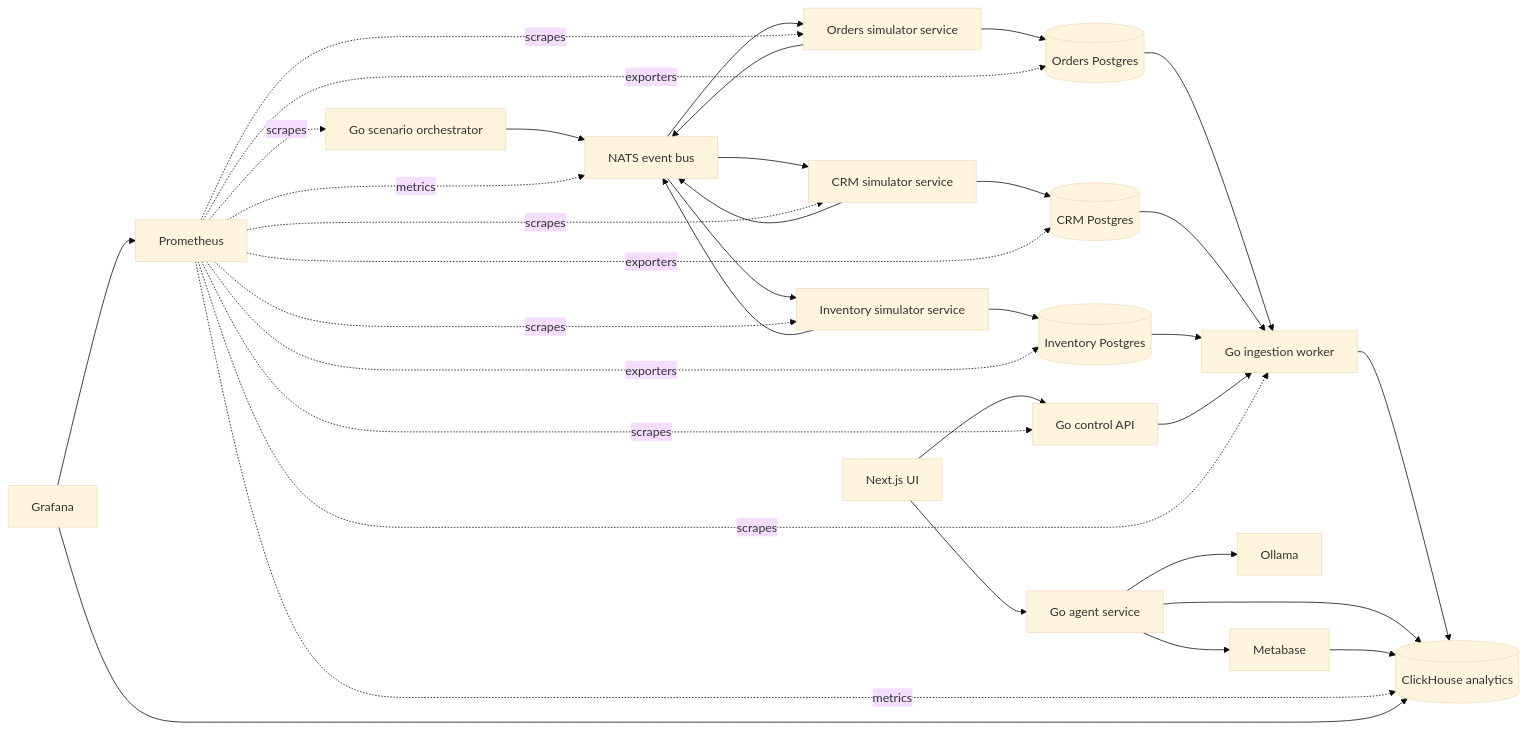
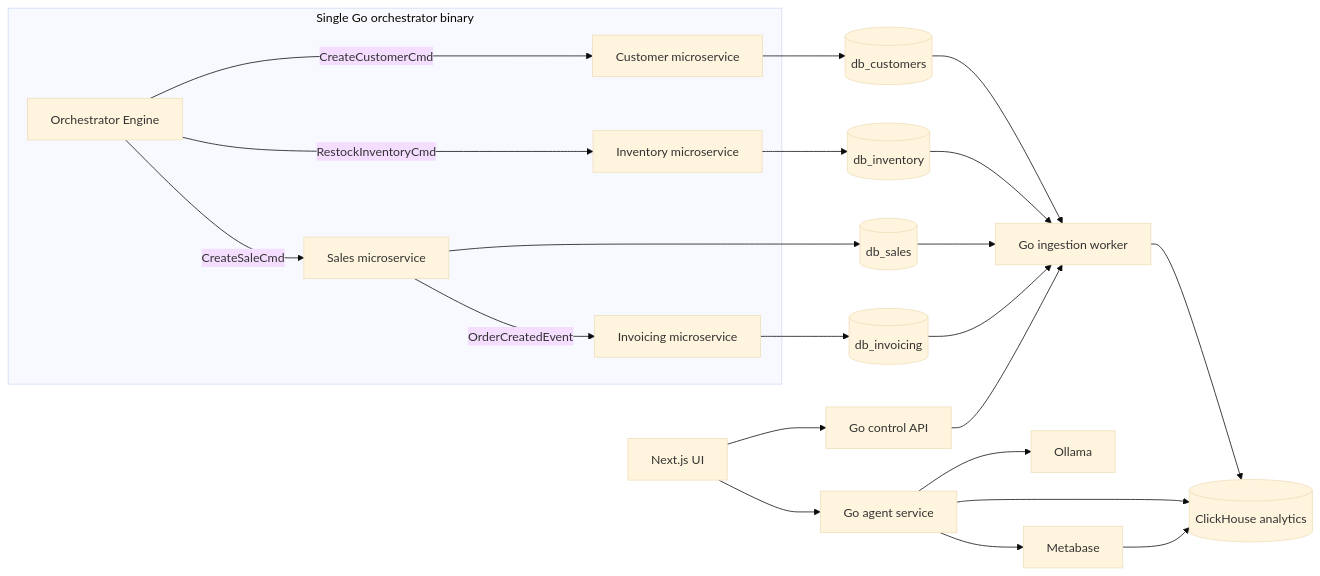
One commit to poph2/datastack changed the diagram in CLAUDE.md. Above: the diagram before and after it, drawn with Mermaid (base theme). The commit also changed other lines of this file and 1 other file, not shown here.

Commit message:
feat: update CLAUDE.md for detailed architecture of Go orchestrated data engine and add new architecture document for microservices and orchestrator

````diff
--- a/CLAUDE.md
+++ b/CLAUDE.md
@@ -51,37 +53,25 @@
 ```mermaid
 flowchart LR
-  Orchestrator[Go scenario orchestrator] --> Broker[NATS event bus]
-  Broker --> OrdersSim[Orders simulator service]
-  Broker --> CRMSim[CRM simulator service]
-  Broker --> InventorySim[Inventory simulator service]
-  CRMSim --> Broker
-  OrdersSim --> Broker
-  InventorySim --> Broker
-  OrdersSim --> Orders[(Orders Postgres)]
-  CRMSim --> CRM[(CRM Postgres)]
-  InventorySim --> Inventory[(Inventory Postgres)]
-  Orders[(Orders Postgres)] --> Ingestor[Go ingestion worker]
-  CRM[(CRM Postgres)] --> Ingestor
-  Inventory[(Inventory Postgres)] --> Ingestor
+  subgraph Binary[Single Go orchestrator binary]
+    Orchestrator[Orchestrator Engine] -- CreateCustomerCmd --> CustomerSvc[Customer microservice]
+    Orchestrator -- RestockInventoryCmd --> InventorySvc[Inventory microservice]
+    Orchestrator -- CreateSaleCmd --> SalesSvc[Sales microservice]
+    SalesSvc -- OrderCreatedEvent --> InvoicingSvc[Invoicing microservice]
+  end
+  CustomerSvc --> CustomerDB[(db_customers)]
+  InventorySvc --> InventoryDB[(db_inventory)]
+  SalesSvc --> SalesDB[(db_sales)]
+  InvoicingSvc --> InvoicingDB[(db_invoicing)]
+  CustomerDB --> Ingestor[Go ingestion worker]
+  InventoryDB --> Ingestor
+  SalesDB --> Ingestor
+  InvoicingDB --> Ingestor
   Ingestor --> ClickHouse[(ClickHouse analytics)]
   ControlAPI[Go control API] --> Ingestor
   UI[Next.js UI] --> ControlAPI
   UI --> Agent[Go agent service]
   Agent --> Ollama[Ollama]
   Agent --> ClickHouse
   Agent --> Metabase[Metabase]
   Metabase --> ClickHouse
-  Prometheus[Prometheus] -. scrapes .-> Orchestrator
-  Prometheus -. scrapes .-> OrdersSim
-  Prometheus -. scrapes .-> CRMSim
-  Prometheus -. scrapes .-> InventorySim
-  Prometheus -. scrapes .-> Ingestor
-  Prometheus -. scrapes .-> ControlAPI
-  Prometheus -. exporters .-> Orders
-  Prometheus -. exporters .-> CRM
-  Prometheus -. exporters .-> Inventory
-  Prometheus -. metrics .-> Broker
-  Prometheus -. metrics .-> ClickHouse
-  Grafana[Grafana] --> Prometheus
-  Grafana --> ClickHouse
 ```
````
